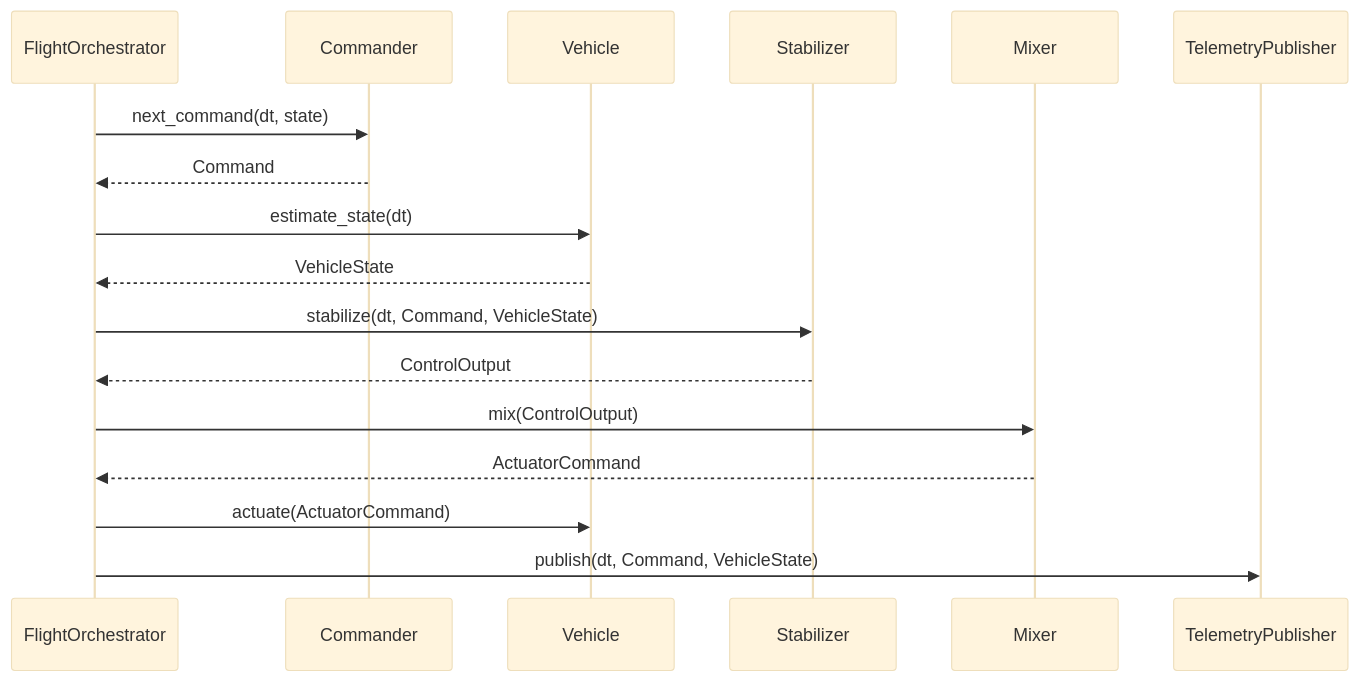
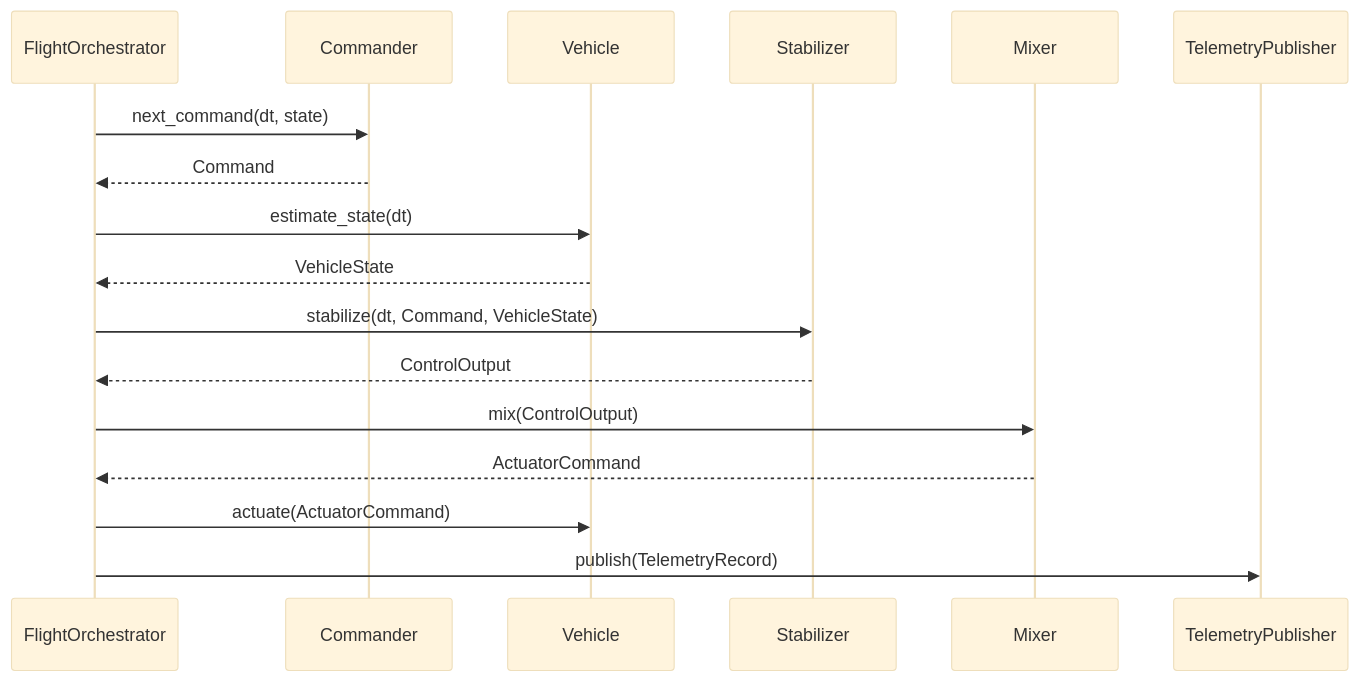
One commit to wboayue/stable-flight changed the diagram in architecture.md. Above: the diagram before and after it, drawn with Mermaid (base theme). The commit also changed 9 other files, not shown here.

Commit message:
Pass a TelemetryRecord to TelemetryPublisher::publish

````diff
--- a/architecture.md
+++ b/architecture.md
@@ -35,20 +35,20 @@
 ```mermaid
 sequenceDiagram
     participant FlightOrchestrator
     participant Commander
     participant Vehicle
     participant Stabilizer
     participant Mixer
     participant TelemetryPublisher
 
     FlightOrchestrator->>Commander: next_command(dt, state)
     Commander-->>FlightOrchestrator: Command
     FlightOrchestrator->>Vehicle: estimate_state(dt)
     Vehicle-->>FlightOrchestrator: VehicleState
     FlightOrchestrator->>Stabilizer: stabilize(dt, Command, VehicleState)
     Stabilizer-->>FlightOrchestrator: ControlOutput
     FlightOrchestrator->>Mixer: mix(ControlOutput)
     Mixer-->>FlightOrchestrator: ActuatorCommand
     FlightOrchestrator->>Vehicle: actuate(ActuatorCommand)
-    FlightOrchestrator->>TelemetryPublisher: publish(dt, Command, VehicleState)
+    FlightOrchestrator->>TelemetryPublisher: publish(TelemetryRecord)
 ```
````
